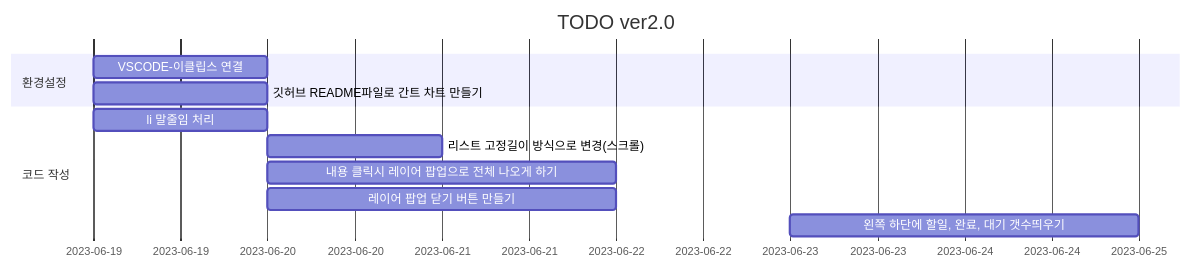
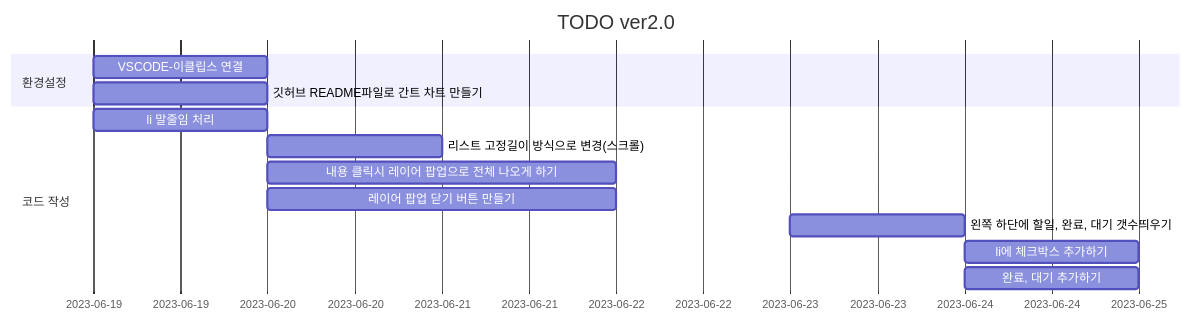
Before and after one commit to UDONGSALI/Toy-Project: the diagram in TODO_ver2/README.md, drawn with Mermaid. The commit also changed other lines of this file, not shown here.

````diff
--- a/TODO_ver2/README.md
+++ b/TODO_ver2/README.md
@@ -23,14 +24,16 @@
 ```mermaid
 gantt
     title TODO ver2.0
     dateFormat  YYYY-MM-DD
     section 환경설정
     VSCODE-이클립스 연결:2023-06-19, 1d
     깃허브 README파일로 간트 차트 만들기:2023-06-19, 1d
     section 코드 작성
     li 말줄임 처리: 2023-06-19, 1d
     리스트 고정길이 방식으로 변경(스크롤): 2023-06-20, 1d
     내용 클릭시 레이어 팝업으로 전체 나오게 하기: 2023-06-20, 2d
     레이어 팝업 닫기 버튼 만들기: 2023-06-20, 2d
-    왼쪽 하단에 할일, 완료, 대기 갯수띄우기: 2023-06-23, 2d
+    왼쪽 하단에 할일, 완료, 대기 갯수띄우기: 2023-06-23, 1d
+    li에 체크박스 추가하기: 2023-06-24, 1d
+    완료, 대기 추가하기: 2023-06-24, 1d
 ```
````
